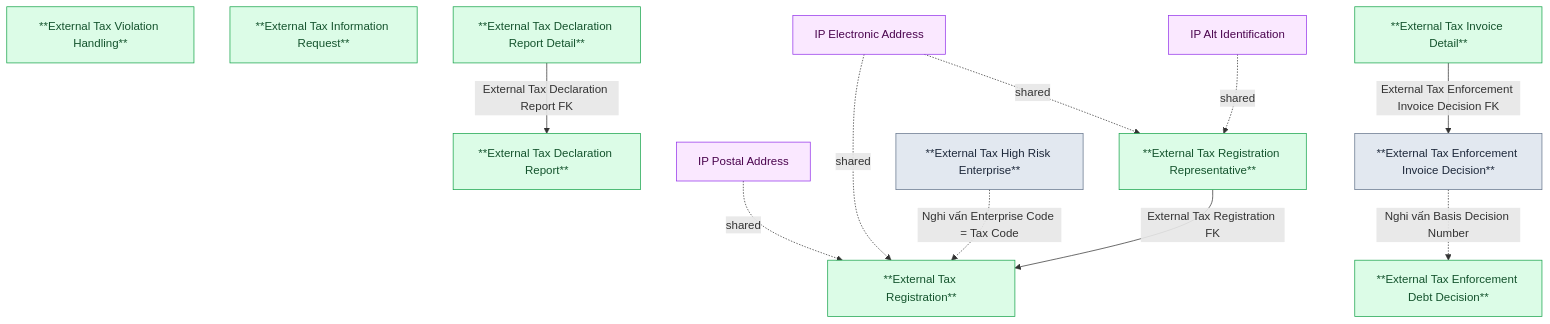
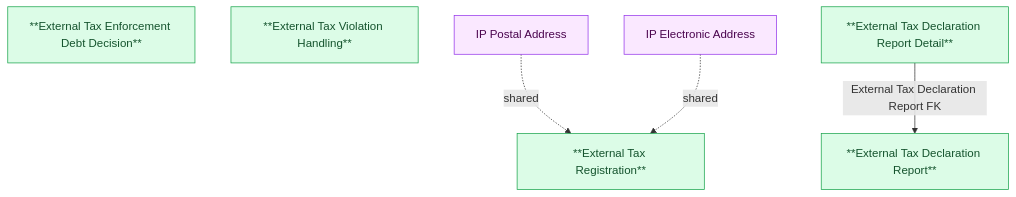
One commit to linhlvit/ubck_atomic_design changed the diagram in DataModel/working/Atomic/hld/KNT_HLD_Overview.md. Above: the diagram before and after it, drawn with Mermaid. The commit also changed other lines of this file and 96 other files, not shown here.

````diff
--- a/DataModel/working/Atomic/hld/KNT_HLD_Overview.md
+++ b/DataModel/working/Atomic/hld/KNT_HLD_Overview.md
@@ -34,37 +29,25 @@
 ```mermaid
 graph TD
     classDef atomic fill:#dcfce7,stroke:#16a34a,color:#14532d
     classDef shared fill:#fae8ff,stroke:#9333ea,color:#4a044e
     classDef pattern fill:#e2e8f0,stroke:#64748b,color:#1e293b
 
     %% Tier 1
     TAXREG["**External Tax Registration**"]:::atomic
     TAXDECL["**External Tax Declaration Report**"]:::atomic
     TAXENFDEBT["**External Tax Enforcement Debt Decision**"]:::atomic
-    TAXENFINV["**External Tax Enforcement Invoice Decision**"]:::pattern
     TAXVIO["**External Tax Violation Handling**"]:::atomic
-    TAXINFOREQ["**External Tax Information Request**"]:::atomic
-    TAXHIGHRISK["**External Tax High Risk Enterprise**"]:::pattern
     %% Shared
     ADDR["IP Postal Address"]:::shared
     EADDR["IP Electronic Address"]:::shared
-    ALTID["IP Alt Identification"]:::shared
 
     %% Tier 2
-    TAXREGREP["**External Tax Registration Representative**"]:::atomic
     TAXDECLIND["**External Tax Declaration Report Detail**"]:::atomic
-    TAXENFINVITEM["**External Tax Invoice Detail**"]:::atomic
 
     %% Tier 1
     ADDR -.->|shared| TAXREG
     EADDR -.->|shared| TAXREG
-    TAXENFINV -.->|Nghi vấn Basis Decision Number| TAXENFDEBT
-    TAXHIGHRISK -.->|Nghi vấn Enterprise Code = Tax Code| TAXREG
 
     %% Tier 2
-    TAXREGREP -->|External Tax Registration FK| TAXREG
-    EADDR -.->|shared| TAXREGREP
-    ALTID -.->|shared| TAXREGREP
     TAXDECLIND -->|External Tax Declaration Report FK| TAXDECL
-    TAXENFINVITEM -->|External Tax Enforcement Invoice Decision FK| TAXENFINV
 ```
````
